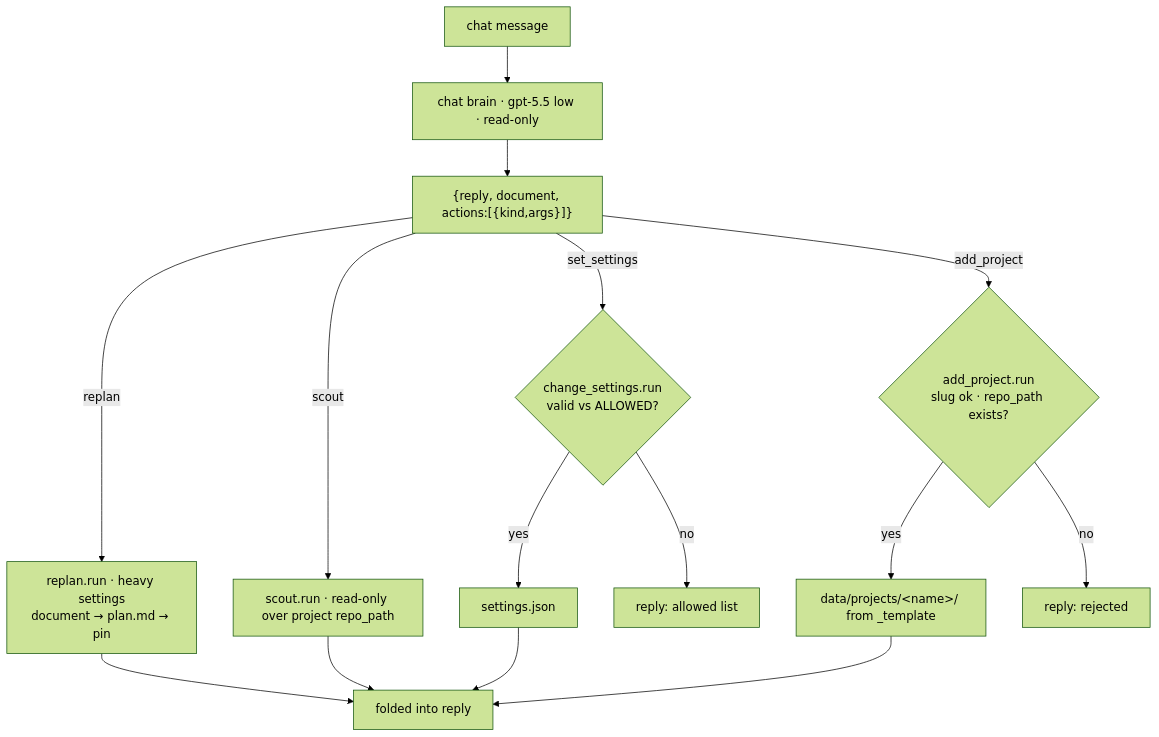
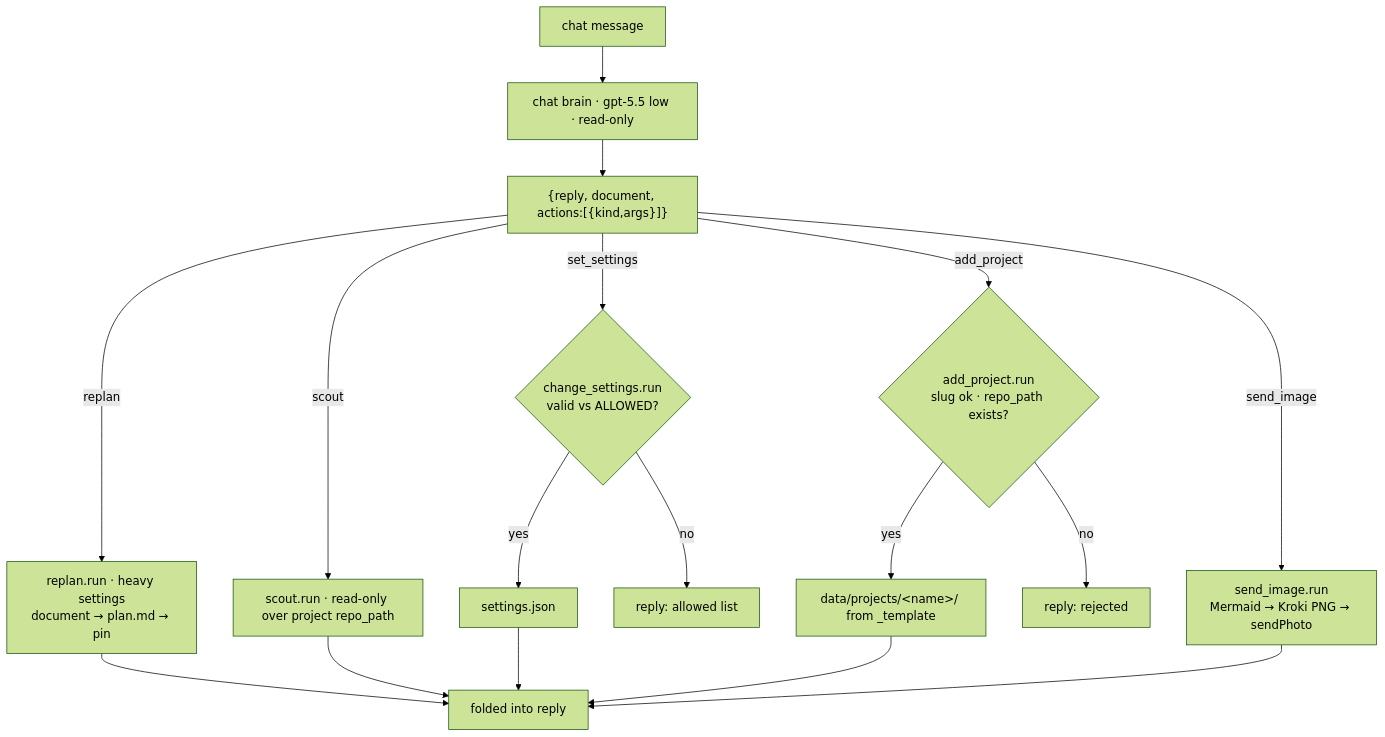
The fifth of 16 diagrams in docs/ARCHITECTURE.md (vovka/mentor-bot), drawn with Mermaid (forest theme) before and after one commit. The commit also changed other lines of this file, not shown here.

First line of the commit message:
docs: renderer port and send_image in the diagrams

````diff
--- a/docs/ARCHITECTURE.md
+++ b/docs/ARCHITECTURE.md
@@ -101,14 +102,15 @@
 ```mermaid
 flowchart TB
   U[chat message] --> C["chat brain · gpt-5.5 low · read-only"]
   C --> OUT["{reply, document, actions:[{kind,args}]}"]
   OUT -- replan --> P["replan.run · heavy settings<br/>document → plan.md → pin"]
   OUT -- scout --> S["scout.run · read-only over project repo_path"]
   OUT -- set_settings --> V{"change_settings.run<br/>valid vs ALLOWED?"}
   OUT -- add_project --> A{"add_project.run<br/>slug ok · repo_path exists?"}
+  OUT -- send_image --> I["send_image.run<br/>Mermaid → Kroki PNG → sendPhoto"]
   V -- yes --> W1[settings.json]
   V -- no --> R1[reply: allowed list]
   A -- yes --> W2["data/projects/&lt;name&gt;/ from _template"]
   A -- no --> R2[reply: rejected]
-  P & S & W1 & W2 --> RES[folded into reply]
+  P & S & W1 & W2 & I --> RES[folded into reply]
 ```
````
